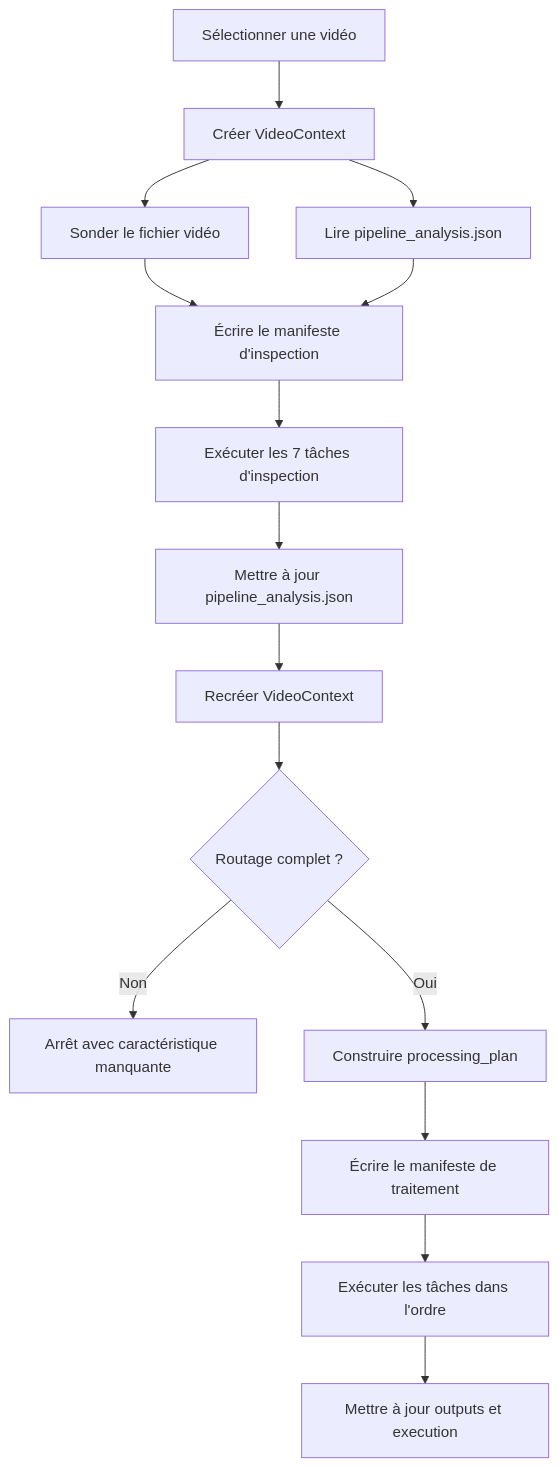
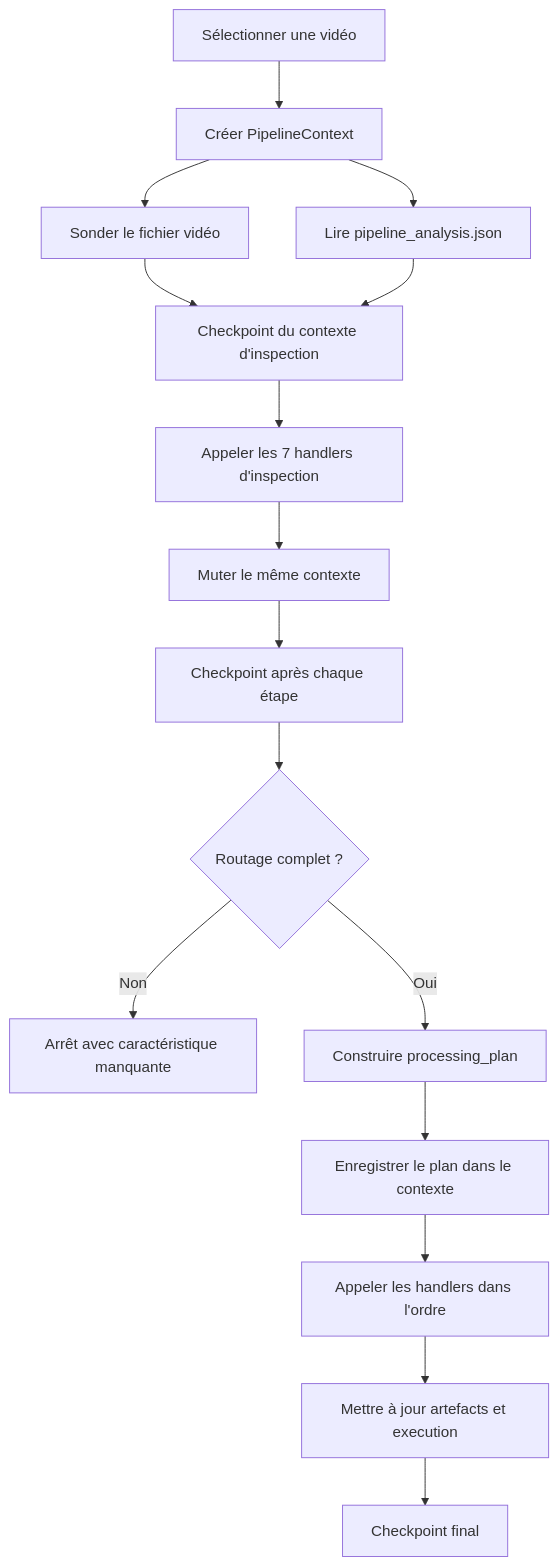
One commit to tangmomb/rag_ionis changed the diagram in README.md. Above: the diagram before and after it, drawn with Mermaid. The commit also changed other lines of this file and 12 other files, not shown here.

Commit message:
Run video pipeline through mutable context

````diff
--- a/README.md
+++ b/README.md
@@ -116,17 +122,18 @@
 ```mermaid
 flowchart TD
-    A["Sélectionner une vidéo"] --> B["Créer VideoContext"]
+    A["Sélectionner une vidéo"] --> B["Créer PipelineContext"]
     B --> C["Sonder le fichier vidéo"]
     B --> D["Lire pipeline_analysis.json"]
-    C --> E["Écrire le manifeste d'inspection"]
+    C --> E["Checkpoint du contexte d'inspection"]
     D --> E
-    E --> F["Exécuter les 7 tâches d'inspection"]
-    F --> G["Mettre à jour pipeline_analysis.json"]
-    G --> H["Recréer VideoContext"]
+    E --> F["Appeler les 7 handlers d'inspection"]
+    F --> G["Muter le même contexte"]
+    G --> H["Checkpoint après chaque étape"]
     H --> I{"Routage complet ?"}
     I -- Non --> J["Arrêt avec caractéristique manquante"]
     I -- Oui --> K["Construire processing_plan"]
-    K --> L["Écrire le manifeste de traitement"]
-    L --> M["Exécuter les tâches dans l'ordre"]
-    M --> N["Mettre à jour outputs et execution"]
+    K --> L["Enregistrer le plan dans le contexte"]
+    L --> M["Appeler les handlers dans l'ordre"]
+    M --> N["Mettre à jour artefacts et execution"]
+    N --> O["Checkpoint final"]
 ```
````
